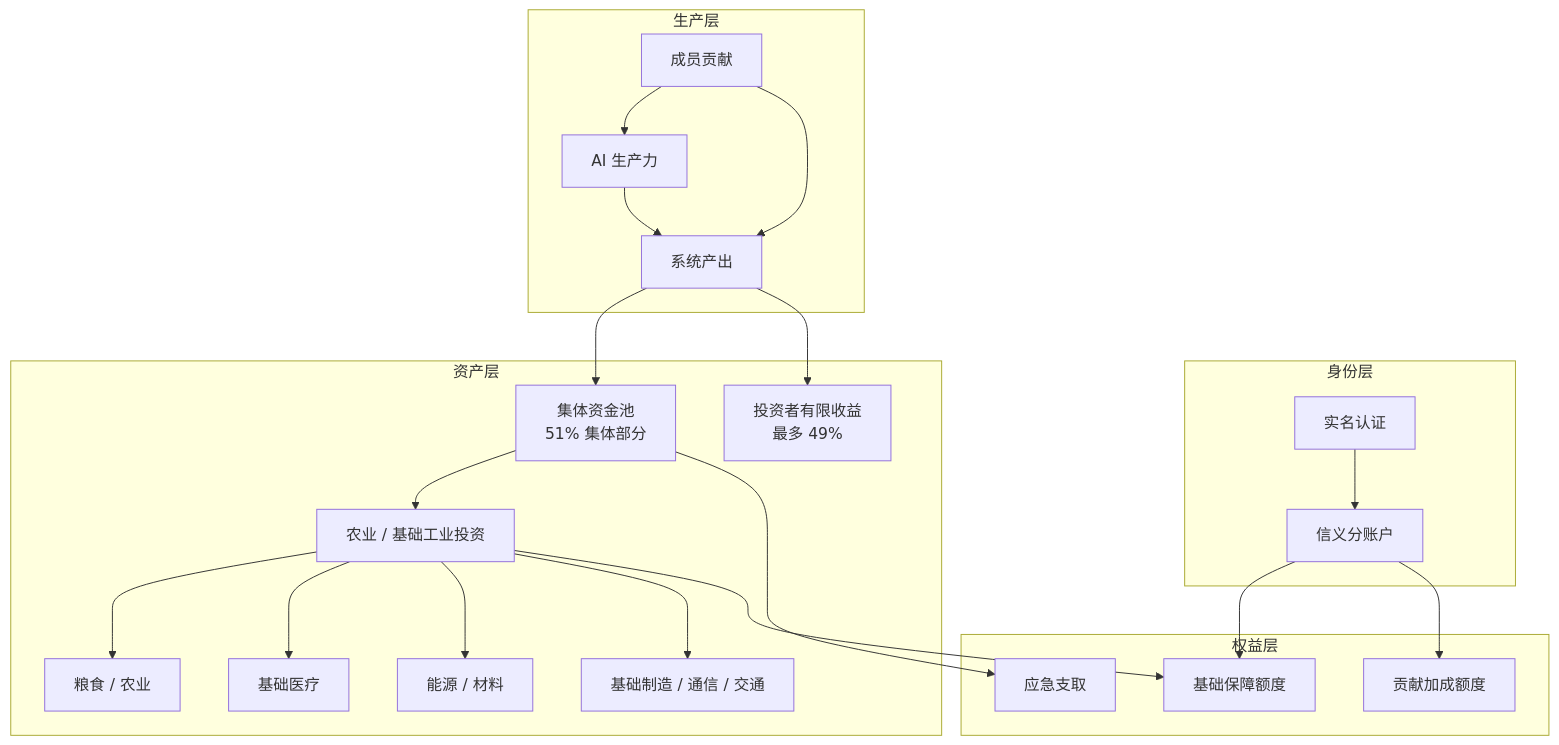
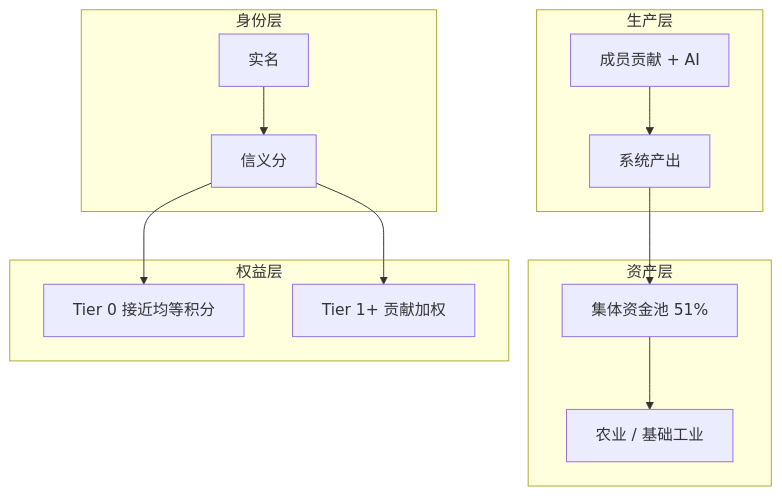
Before and after one commit to lengzhao/secure-base: the first of 2 diagrams in docs/plans/2026-06-13-anxin-foundation-design.md, drawn with Mermaid. The commit also changed other lines of this file and 17 other files, not shown here.

````diff
--- a/docs/plans/2026-06-13-anxin-foundation-design.md
+++ b/docs/plans/2026-06-13-anxin-foundation-design.md
@@ -56,34 +17,19 @@
 ```mermaid
 flowchart TB
     subgraph 身份层
-        A[实名认证] --> B[信义分账户]
+        A[实名] --> B[信义分]
     end
-
     subgraph 生产层
-        H[成员贡献] --> I[AI 生产力]
-        I --> J[系统产出]
-        H --> J
+        C[成员贡献 + AI] --> D[系统产出]
     end
-
     subgraph 资产层
-        C[集体资金池<br/>51% 集体部分] --> D[农业 / 基础工业投资]
-        K[投资者有限收益<br/>最多 49%] 
-        J --> C
-        J --> K
-        D --> D1[粮食 / 农业]
-        D --> D2[基础医疗]
-        D --> D3[能源 / 材料]
-        D --> D4[基础制造 / 通信 / 交通]
+        E[集体资金池 51%] --> F[农业 / 基础工业]
+        D --> E
     end
-
     subgraph 权益层
-        E[基础保障额度]
-        F[贡献加成额度]
-        G[应急支取]
+        G[Tier 0 接近均等积分]
+        H[Tier 1+ 贡献加权]
+        B --> G
+        B --> H
     end
-
-    B --> E
-    B --> F
-    D --> E
-    C --> G
 ```
````
